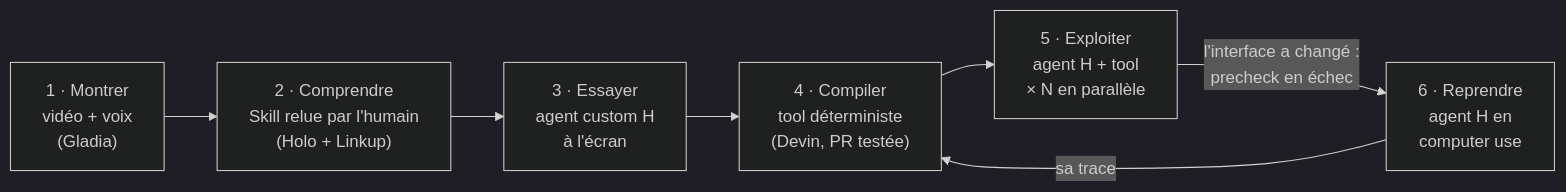
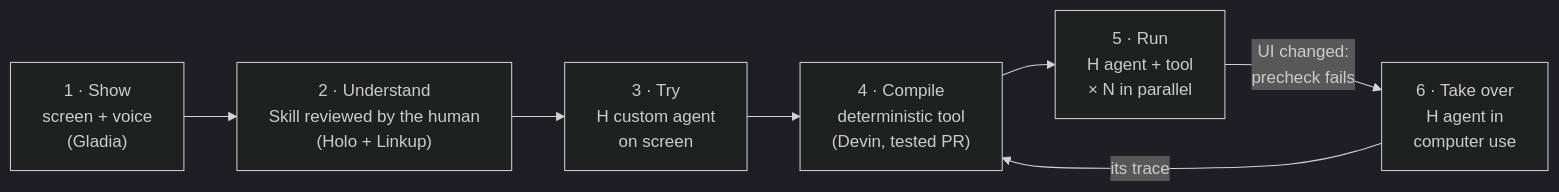
The first of 2 diagrams in README.md (h-hackathon/show-me-once-hackathon-h), drawn with Mermaid (dark theme) before and after one commit. The commit also changed other lines of this file, not shown here.

````diff
--- a/README.md
+++ b/README.md
@@ -31,9 +31,9 @@
 ```mermaid
 flowchart LR
-    A["1 · Montrer<br/>vidéo + voix<br/>(Gladia)"] --> B["2 · Comprendre<br/>Skill relue par l'humain<br/>(Holo + Linkup)"]
-    B --> C["3 · Essayer<br/>agent custom H<br/>à l'écran"]
-    C --> D["4 · Compiler<br/>tool déterministe<br/>(Devin, PR testée)"]
-    D --> E["5 · Exploiter<br/>agent H + tool<br/>× N en parallèle"]
-    E -- "l'interface a changé :<br/>precheck en échec" --> F["6 · Reprendre<br/>agent H en<br/>computer use"]
-    F -- "sa trace" --> D
+    A["1 · Show<br/>screen + voice<br/>(Gladia)"] --> B["2 · Understand<br/>Skill reviewed by the human<br/>(Holo + Linkup)"]
+    B --> C["3 · Try<br/>H custom agent<br/>on screen"]
+    C --> D["4 · Compile<br/>deterministic tool<br/>(Devin, tested PR)"]
+    D --> E["5 · Run<br/>H agent + tool<br/>× N in parallel"]
+    E -- "UI changed:<br/>precheck fails" --> F["6 · Take over<br/>H agent in<br/>computer use"]
+    F -- "its trace" --> D
 ```
````
